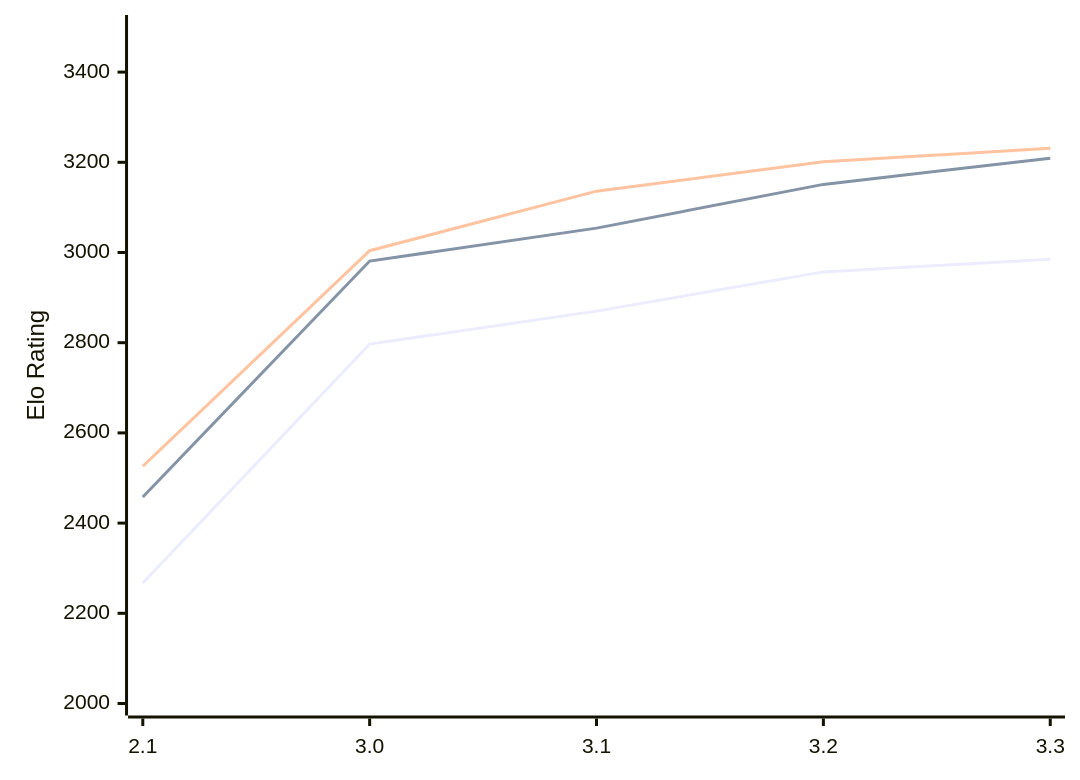
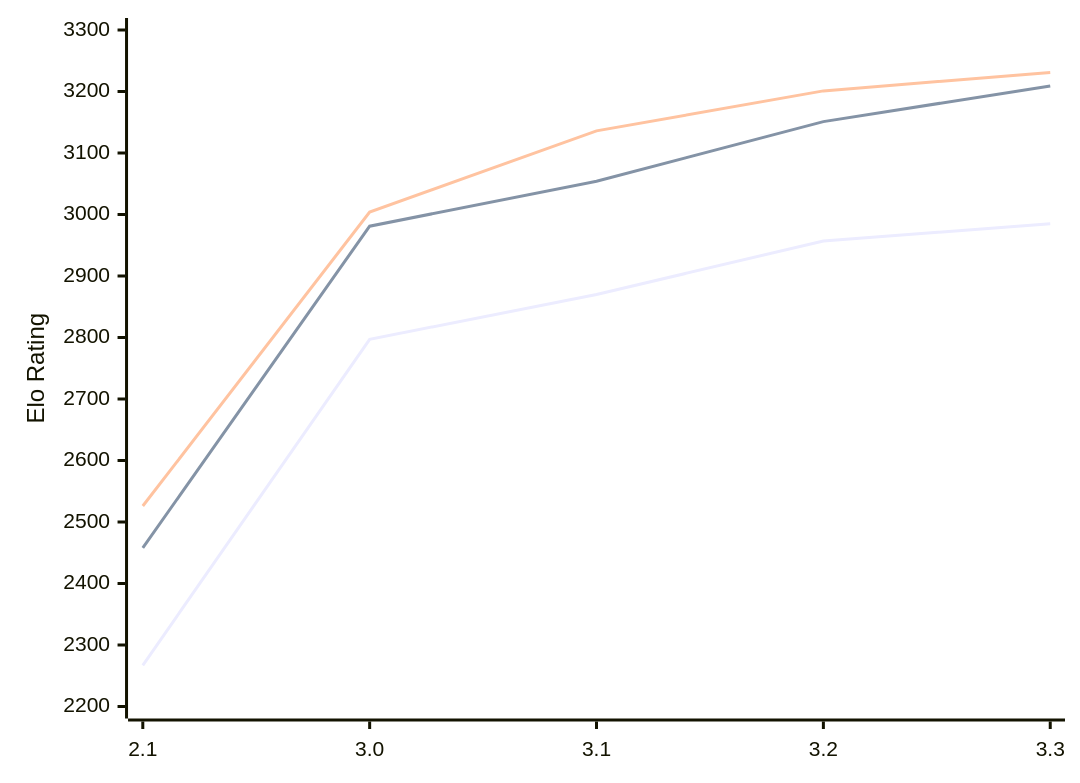
One commit to computer-chess-index/cci changed the diagram in engines/Petrel.md. Above: the diagram before and after it, drawn with Mermaid. The commit also changed other lines of this file, not shown here.

Commit message:
Update CCI Ratings (ELO VLTC) - 2026-02-10

````diff
--- a/engines/Petrel.md
+++ b/engines/Petrel.md
@@ -38,9 +38,9 @@
 ```mermaid
 %%{init: {"theme":"base","themeVariables":{"seriesColors:['#a3a3a3','#222221','#faa371']}}}%%
 xychart-beta
   x-axis ["2.1", "3.0", "3.1", "3.2", "3.3"]
-  y-axis "Elo Rating" 2000 --> 3500
+  y-axis "Elo Rating" 2200 --> 3300
   line "STC (8.0+0.08s)" [2267, 2797, 2870, 2957, 2985]
   line "LTC (60.0+0.60s)" [2458, 2981, 3054, 3151, 3209]
   line "VLTC (2m24s+1.12s)" [2526, 3004, 3136, 3201, 3231]
 ```
````
